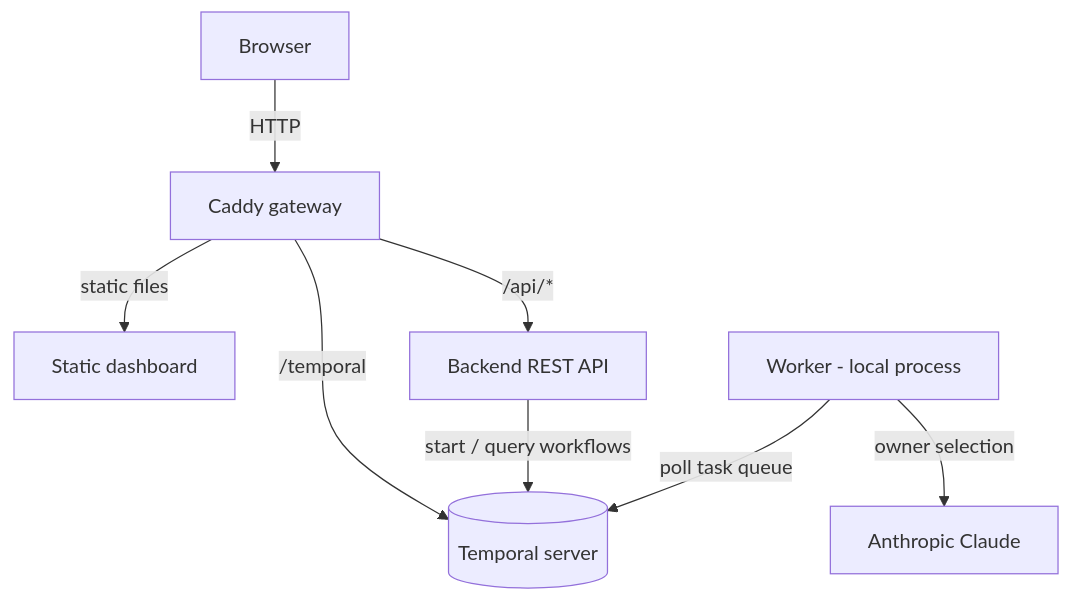
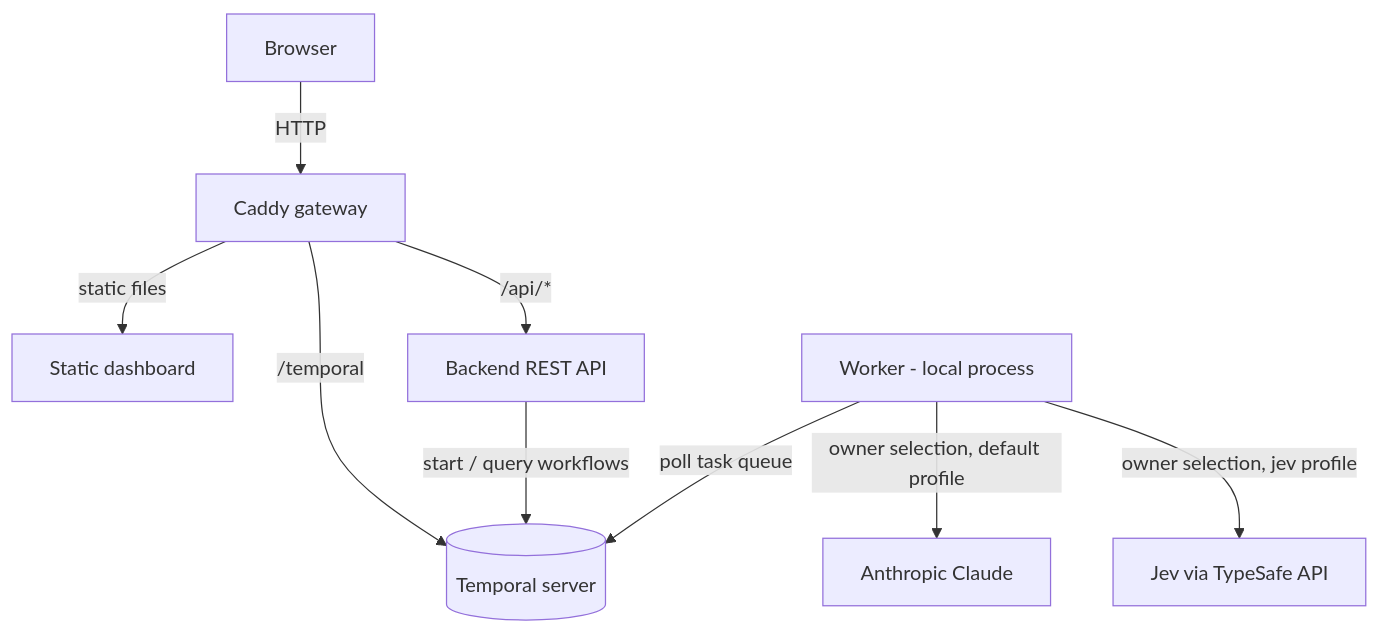
One commit to alexandreroman/replay-to-repair changed the diagram in README.md. Above: the diagram before and after it, drawn with Mermaid. The commit also changed other lines of this file and 6 other files, not shown here.

First line of the commit message:
Document the Jev owner-selection engine

````diff
--- a/README.md
+++ b/README.md
@@ -184,10 +195,11 @@
 ```mermaid
 graph TD
     Browser -->|HTTP| Gateway[Caddy gateway]
     Gateway -->|static files| Frontend[Static dashboard]
     Gateway -->|/api/*| Backend[Backend REST API]
     Gateway -->|/temporal| Temporal[(Temporal server)]
     Backend -->|start / query workflows| Temporal
     Worker[Worker - local process] -->|poll task queue| Temporal
-    Worker -->|owner selection| Claude[Anthropic Claude]
+    Worker -->|owner selection, default profile| Claude[Anthropic Claude]
+    Worker -->|owner selection, jev profile| Jev[Jev via TypeSafe API]
 ```
````
